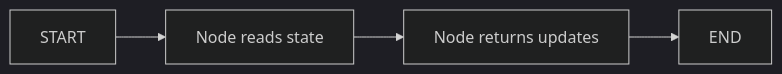
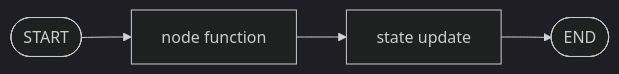
One commit to Walid-Ahmed/langgraph-tutorials changed the second of 2 diagrams in README.md. Above: the diagram before and after it, drawn with Mermaid (dark theme). The commit also changed other lines of this file and 4 other files, not shown here.

````diff
--- a/README.md
+++ b/README.md
@@ -34,6 +33,6 @@
 ```mermaid
 flowchart LR
-    START --> NODE["Node reads state"]
-    NODE --> UPDATE["Node returns updates"]
-    UPDATE --> END
+    START([START]) --> NODE["node function"]
+    NODE --> UPDATE["state update"]
+    UPDATE --> END([END])
 ```
````
